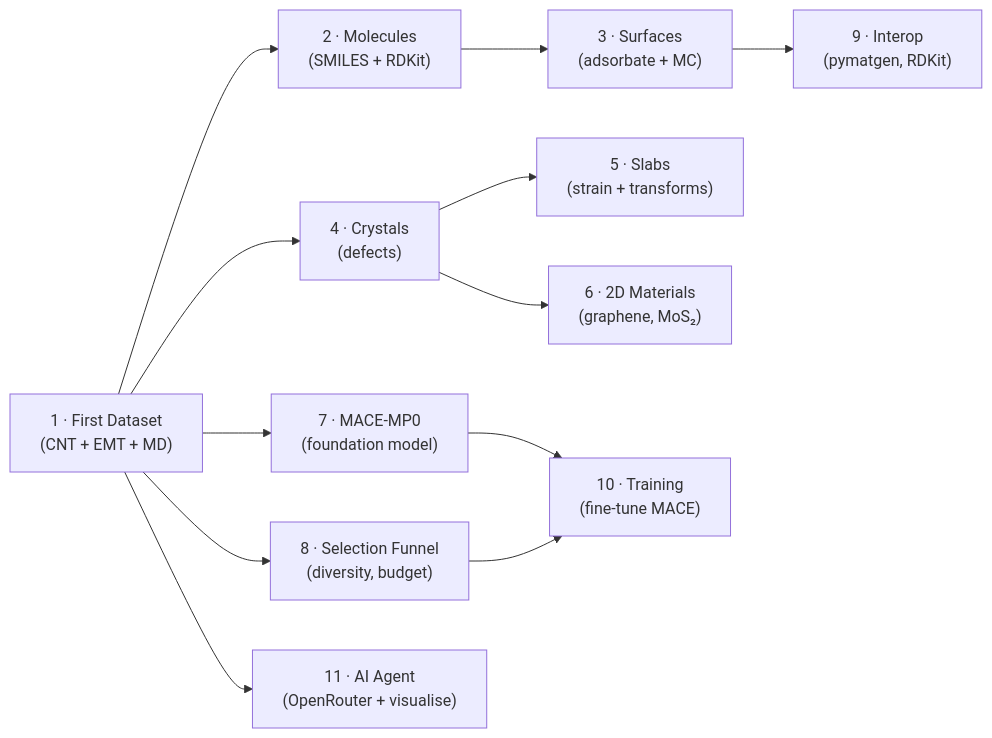
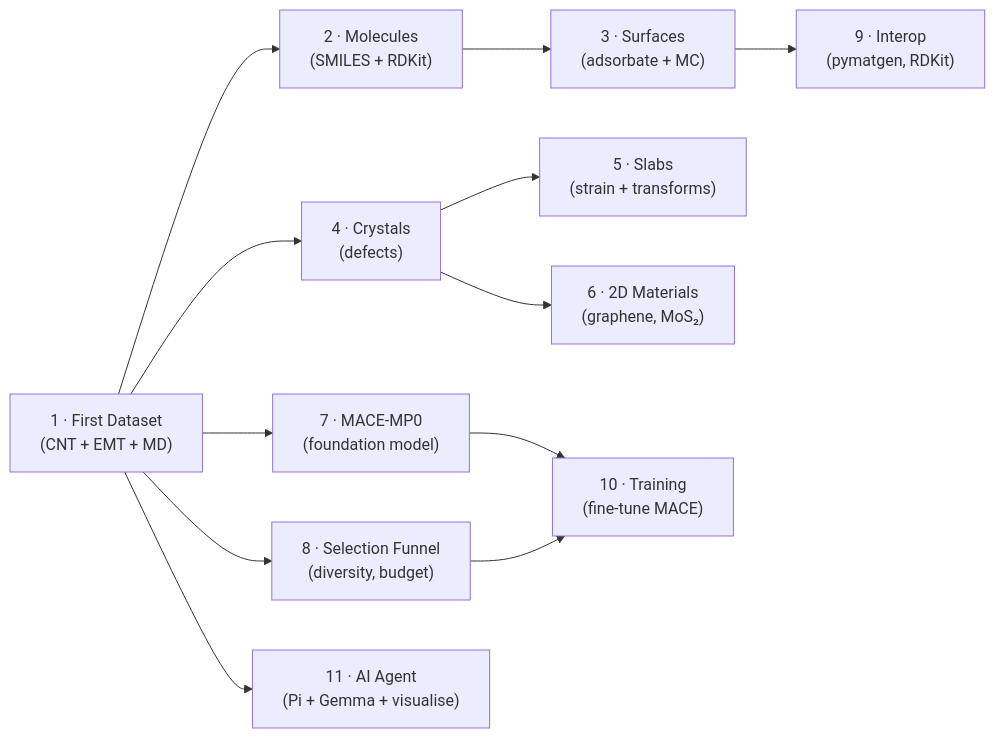
The diagram in docs/tutorials/index.md (basillicus/traincraft), drawn with Mermaid before and after one commit. The commit also changed other lines of this file and 1 other file, not shown here.

Commit message:
docs(tutorial-11): rewrite around the Pi agent + gemma4-31b-it (install, models.json, skill install) instead of a homegrown OpenRouter loop

````diff
--- a/docs/tutorials/index.md
+++ b/docs/tutorials/index.md
@@ -14,26 +14,26 @@
 ```mermaid
 graph LR
     T1["1 · First Dataset<br/>(CNT + EMT + MD)"]
     T2["2 · Molecules<br/>(SMILES + RDKit)"]
     T3["3 · Surfaces<br/>(adsorbate + MC)"]
     T4["4 · Crystals<br/>(defects)"]
     T5["5 · Slabs<br/>(strain + transforms)"]
     T6["6 · 2D Materials<br/>(graphene, MoS₂)"]
     T7["7 · MACE-MP0<br/>(foundation model)"]
     T8["8 · Selection Funnel<br/>(diversity, budget)"]
     T9["9 · Interop<br/>(pymatgen, RDKit)"]
     T10["10 · Training<br/>(fine-tune MACE)"]
-    T11["11 · AI Agent<br/>(OpenRouter + visualise)"]
+    T11["11 · AI Agent<br/>(Pi + Gemma + visualise)"]
 
     T1 --> T2
     T1 --> T4
     T2 --> T3
     T4 --> T5
     T4 --> T6
     T1 --> T7
     T1 --> T8
     T3 --> T9
     T7 --> T10
     T8 --> T10
     T1 --> T11
 ```
````
